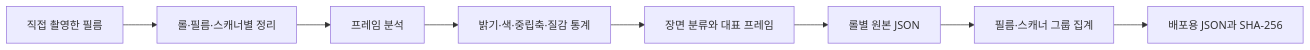
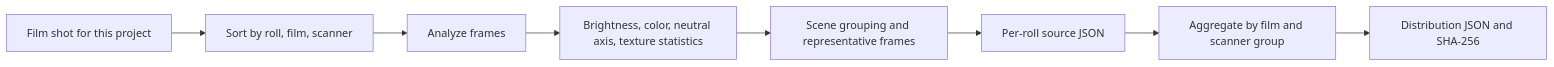
One commit to habinsong/negaflow changed the diagram in docs/product/FILM_PROFILES.md. Above: the diagram before and after it, drawn with Mermaid. The commit also changed other lines of this file and 119 other files, not shown here.

````diff
--- a/docs/product/FILM_PROFILES.md
+++ b/docs/product/FILM_PROFILES.md
@@ -64,10 +64,10 @@
 ```mermaid
 flowchart LR
-    A["직접 촬영한 필름"] --> B["롤·필름·스캐너별 정리"]
-    B --> C["프레임 분석"]
-    C --> D["밝기·색·중립축·질감 통계"]
-    D --> E["장면 분류와 대표 프레임"]
-    E --> F["롤별 원본 JSON"]
-    F --> G["필름·스캐너 그룹 집계"]
-    G --> H["배포용 JSON과 SHA-256"]
+    A["Film shot for this project"] --> B["Sort by roll, film, scanner"]
+    B --> C["Analyze frames"]
+    C --> D["Brightness, color, neutral axis, texture statistics"]
+    D --> E["Scene grouping and representative frames"]
+    E --> F["Per-roll source JSON"]
+    F --> G["Aggregate by film and scanner group"]
+    G --> H["Distribution JSON and SHA-256"]
 ```
````
